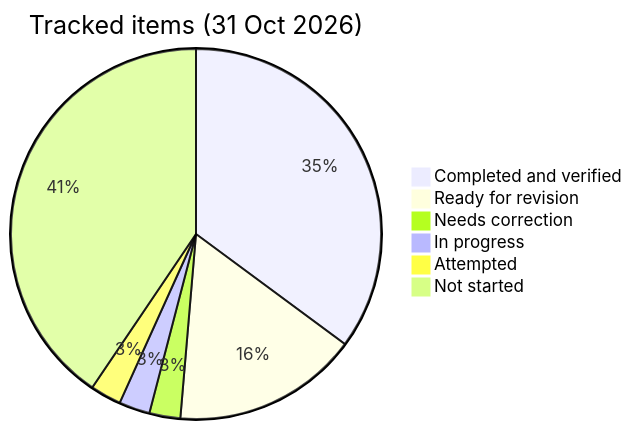
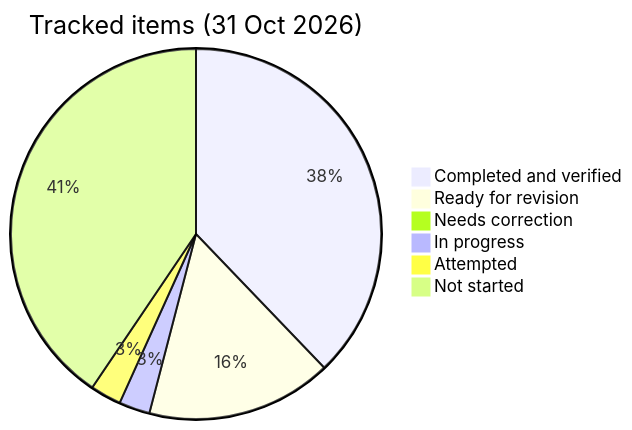
The diagram in PROGRESS.md (PrashantSury/java-switch-journey), drawn with Mermaid before and after one commit. The commit also changed other lines of this file and 2 other files, not shown here.

Commit message:
Day 09 review: RpnEvaluatorRedo7 44/44 verified; indentation clean-up

````diff
--- a/PROGRESS.md
+++ b/PROGRESS.md
@@ -144,9 +144,9 @@
 ```mermaid
 pie title Tracked items (31 Oct 2026)
-  "Completed and verified" : 13
+  "Completed and verified" : 14
   "Ready for revision" : 6
-  "Needs correction" : 1
+  "Needs correction" : 0
   "In progress" : 1
   "Attempted" : 1
   "Not started" : 15
 ```
````
